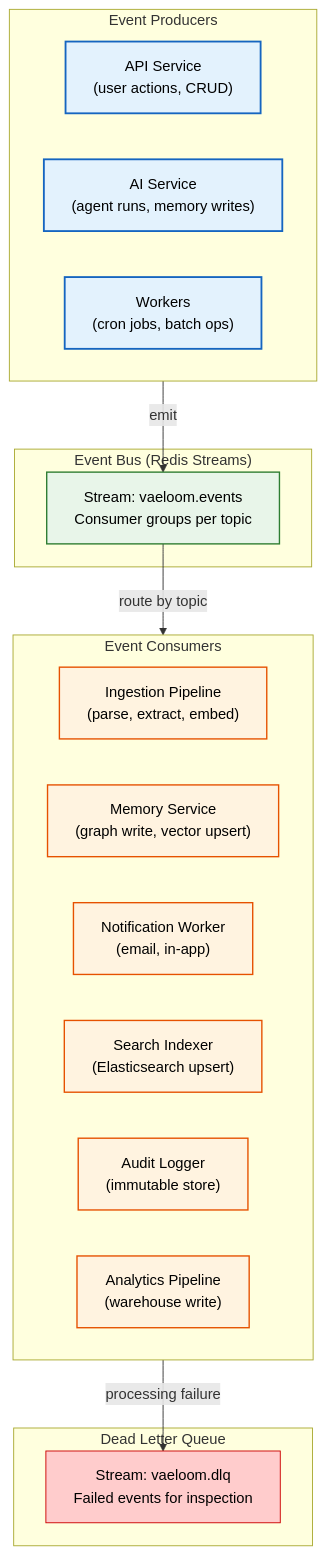
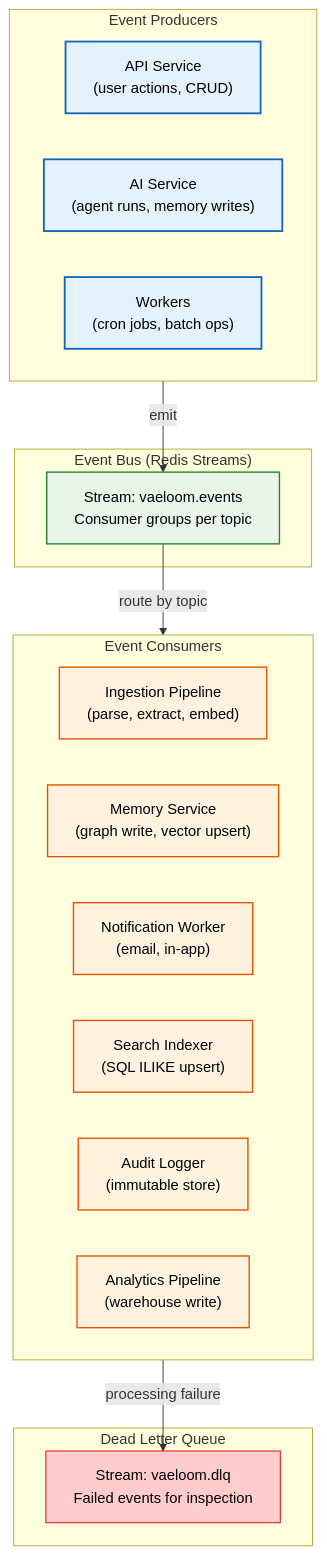
One commit to Driftloom/Vaeloom changed the first of 4 diagrams in docs/architecture/Event-Flow.md. Above: the diagram before and after it, drawn with Mermaid. The commit also changed other lines of this file and 159 other files, not shown here.

````diff
--- a/docs/architecture/Event-Flow.md
+++ b/docs/architecture/Event-Flow.md
@@ -42,34 +56,34 @@
 ```mermaid
 graph TD
     classDef producer fill:#e3f2fd,stroke:#1565c0,color:#000,stroke-width:2px
     classDef bus fill:#e8f5e9,stroke:#2e7d32,color:#000,stroke-width:1.5px
     classDef consumer fill:#fff3e0,stroke:#e65100,color:#000,stroke-width:1.5px
     classDef dlq fill:#ffcccc,stroke:#cc0000,color:#000,stroke-width:1px
 
     subgraph Producers["Event Producers"]
         API["API Service<br/>(user actions, CRUD)"]:::producer
         AI["AI Service<br/>(agent runs, memory writes)"]:::producer
         WORKER["Workers<br/>(cron jobs, batch ops)"]:::producer
     end
 
     subgraph Bus["Event Bus (Redis Streams)"]
         STREAM["Stream: vaeloom.events<br/>Consumer groups per topic"]:::bus
     end
 
     subgraph Consumers["Event Consumers"]
         INGEST["Ingestion Pipeline<br/>(parse, extract, embed)"]:::consumer
         MEMORY["Memory Service<br/>(graph write, vector upsert)"]:::consumer
         NOTIF["Notification Worker<br/>(email, in-app)"]:::consumer
-        SEARCH["Search Indexer<br/>(Elasticsearch upsert)"]:::consumer
+        SEARCH["Search Indexer<br/>(SQL ILIKE upsert)"]:::consumer
         AUDIT["Audit Logger<br/>(immutable store)"]:::consumer
         ANALYTICS["Analytics Pipeline<br/>(warehouse write)"]:::consumer
     end
 
     subgraph DLQ["Dead Letter Queue"]
         DLQ_STREAM["Stream: vaeloom.dlq<br/>Failed events for inspection"]:::dlq
     end
 
     Producers -->|"emit"| STREAM
     STREAM -->|"route by topic"| Consumers
     Consumers -->|"processing failure"| DLQ_STREAM
 ```
````
